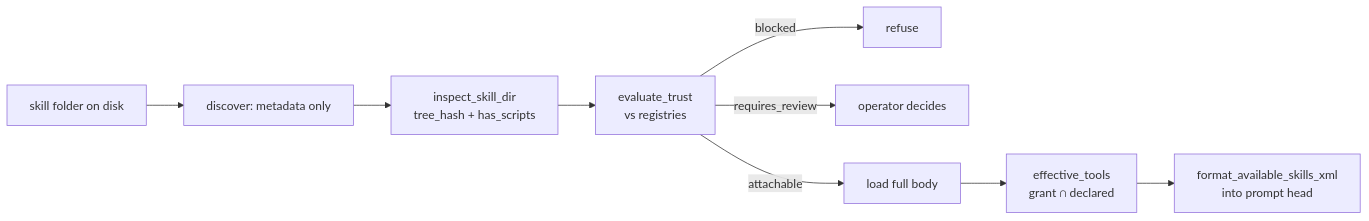
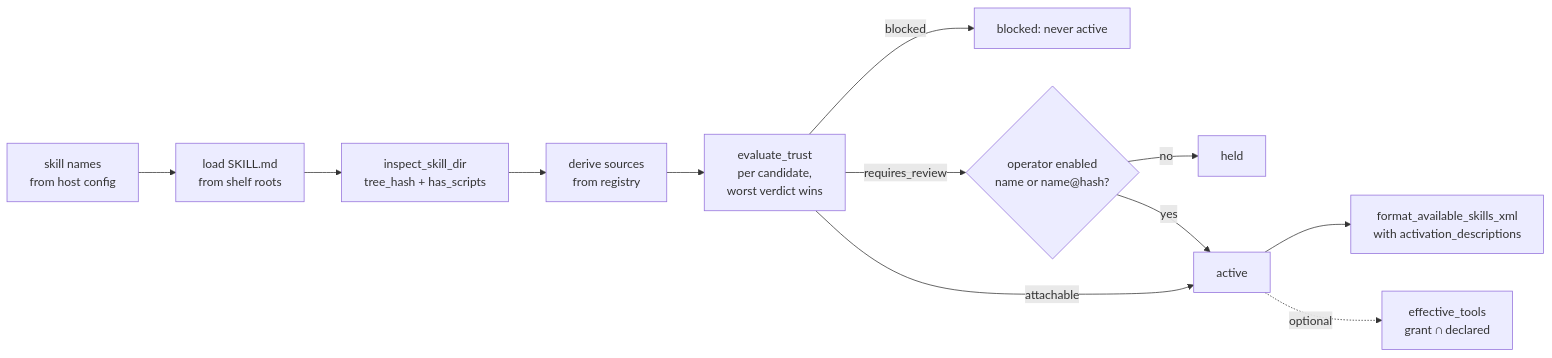
The second of 4 diagrams in docs/architecture.md (lpalbou/AbstractSkill), drawn with Mermaid before and after one commit. The commit also changed other lines of this file and 18 other files, not shown here.

````diff
--- a/docs/architecture.md
+++ b/docs/architecture.md
@@ -50,11 +68,14 @@
 ```mermaid
 flowchart LR
-    A[skill folder on disk] --> B[discover: metadata only]
+    A[skill names<br/>from host config] --> B[load SKILL.md<br/>from shelf roots]
     B --> C[inspect_skill_dir<br/>tree_hash + has_scripts]
-    C --> D[evaluate_trust<br/>vs registries]
-    D -->|blocked| E[refuse]
-    D -->|requires_review| F[operator decides]
-    D -->|attachable| G[load full body]
-    G --> H[effective_tools<br/>grant ∩ declared]
-    H --> I[format_available_skills_xml<br/>into prompt head]
+    C --> D[derive sources<br/>from registry]
+    D --> E[evaluate_trust<br/>per candidate,<br/>worst verdict wins]
+    E -->|blocked| F[blocked: never active]
+    E -->|requires_review| G{operator enabled<br/>name or name@hash?}
+    G -->|no| H[held]
+    G -->|yes| I[active]
+    E -->|attachable| I
+    I --> J[format_available_skills_xml<br/>with activation_descriptions]
+    I -.optional.-> K[effective_tools<br/>grant ∩ declared]
 ```
````
